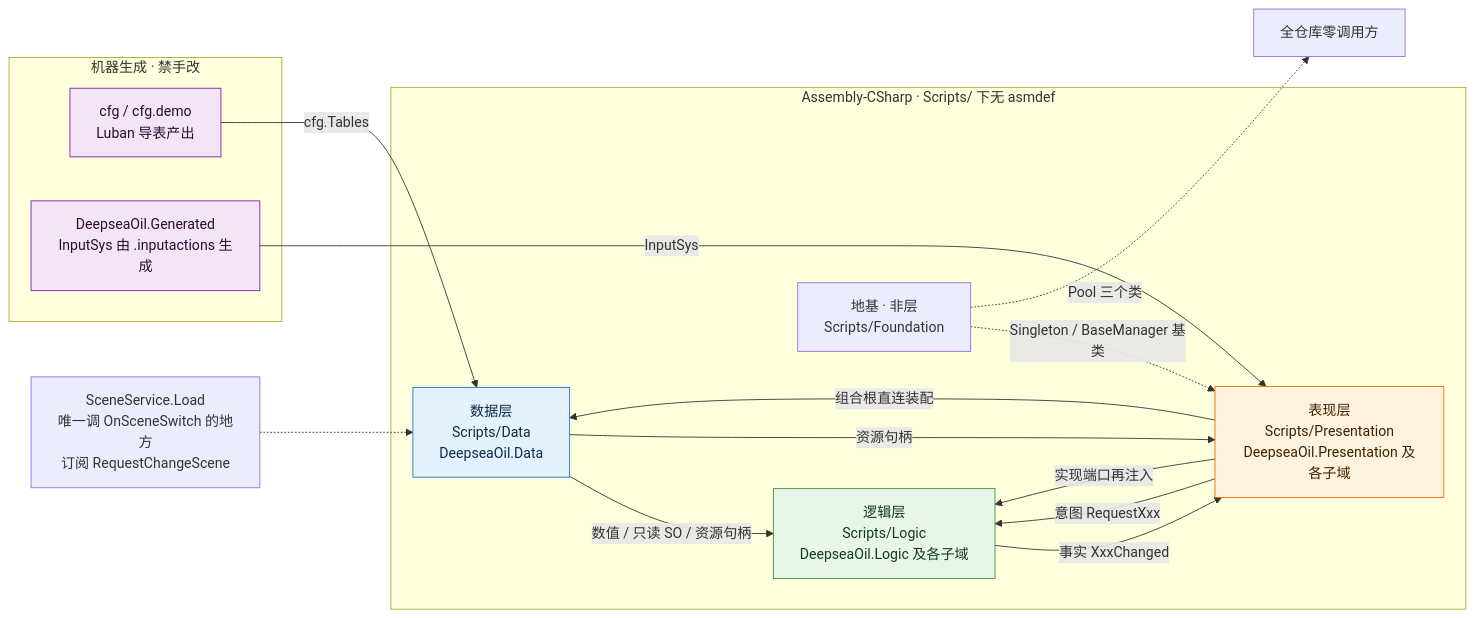
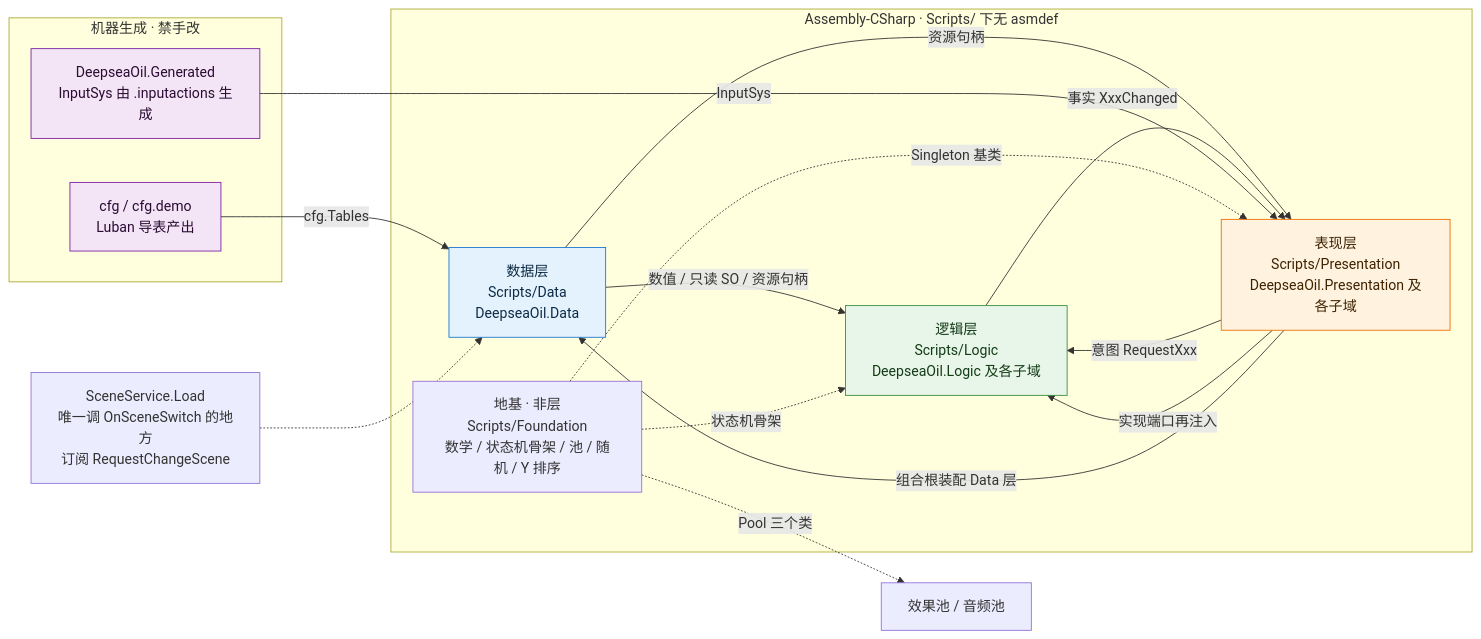
The first of 16 diagrams in Docs/框架设计/架构图集.md (5FYZhou/deepseaoil), drawn with Mermaid before and after one commit. The commit also changed other lines of this file and 13 other files, not shown here.

````diff
--- a/Docs/框架设计/架构图集.md
+++ b/Docs/框架设计/架构图集.md
@@ -41,32 +42,33 @@
 ```mermaid
 flowchart LR
   subgraph GEN["机器生成 · 禁手改"]
     GFG["cfg / cfg.demo<br/>Luban 导表产出"]
     GIN["DeepseaOil.Generated<br/>InputSys 由 .inputactions 生成"]
   end
   subgraph CORE["Assembly-CSharp · Scripts/ 下无 asmdef"]
     D["数据层<br/>Scripts/Data<br/>DeepseaOil.Data"]
     L["逻辑层<br/>Scripts/Logic<br/>DeepseaOil.Logic 及各子域"]
     P["表现层<br/>Scripts/Presentation<br/>DeepseaOil.Presentation 及各子域"]
-    F["地基 · 非层<br/>Scripts/Foundation"]
+    F["地基 · 非层<br/>Scripts/Foundation<br/>数学 / 状态机骨架 / 池 / 随机 / Y 排序"]
   end
   D -->|"数值 / 只读 SO / 资源句柄"| L
   D -->|"资源句柄"| P
   L -->|"事实 XxxChanged"| P
   P -->|"意图 RequestXxx"| L
   P -->|"实现端口再注入"| L
-  P -->|"组合根直连装配"| D
+  P -->|"组合根装配 Data 层"| D
   GFG -->|"cfg.Tables"| D
   GIN -->|"InputSys"| P
-  F -.->|"Singleton / BaseManager 基类"| P
-  F -.->|"Pool 三个类"| X["全仓库零调用方"]
+  F -.->|"Singleton 基类"| P
+  F -.->|"Pool 三个类"| PE["效果池 / 音频池"]
+  F -.->|"状态机骨架"| L
   SC["SceneService.Load<br/>唯一调 OnSceneSwitch 的地方<br/>订阅 RequestChangeScene"] -.-> D
   classDef data fill:#e3f2fd,stroke:#1976d2,color:#0d2b45
   classDef logic fill:#e8f5e9,stroke:#388e3c,color:#123b16
   classDef pres fill:#fff3e0,stroke:#ef6c00,color:#3e2200
   classDef gen fill:#f3e5f5,stroke:#7b1fa2,color:#2a0b33
   class D data
   class L logic
   class P pres
   class GFG,GIN gen
 ```
````
